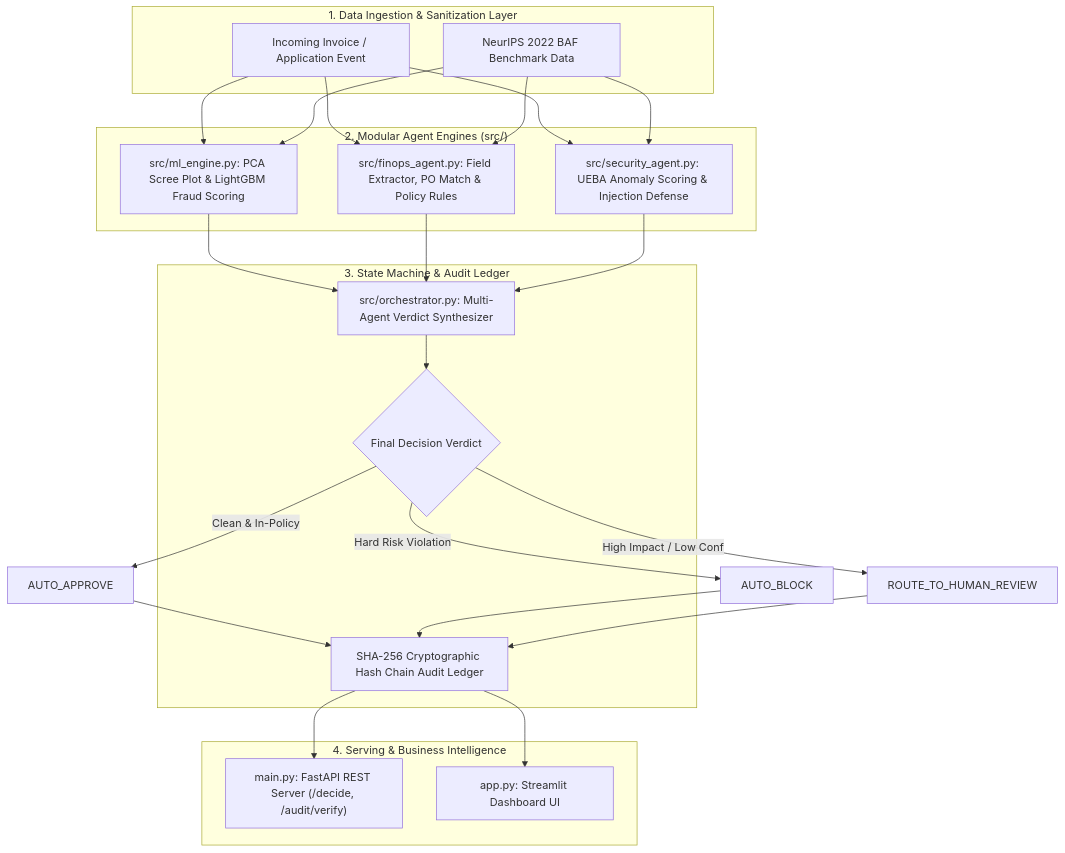
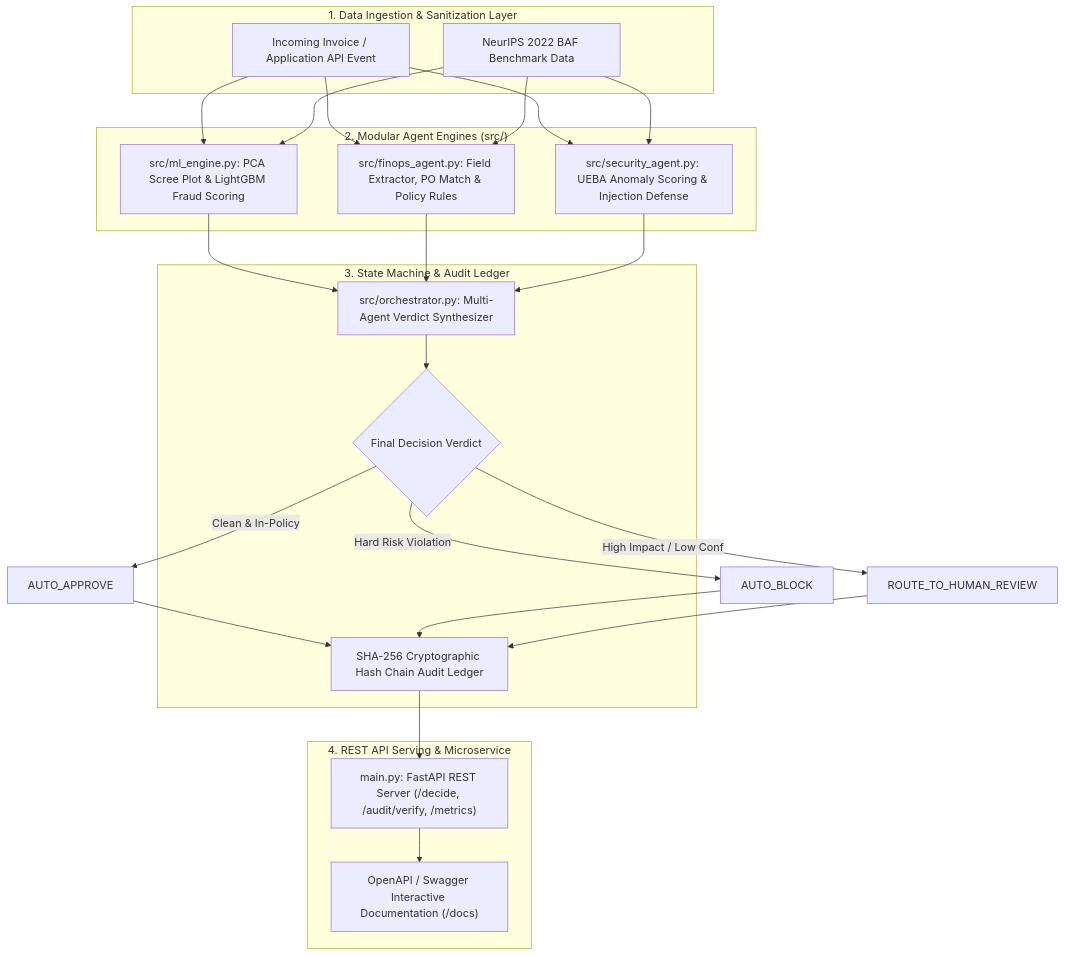
The diagram in README.md (PriyankaHichkad/FinOps-Security-Agent), drawn with Mermaid before and after one commit. The commit also changed other lines of this file and 12 other files, not shown here.

````diff
--- a/README.md
+++ b/README.md
@@ -17,33 +17,33 @@
 ```mermaid
 flowchart TD
     subgraph Ingestion ["1. Data Ingestion & Sanitization Layer"]
-        InputEvent["Incoming Invoice / Application Event"]
+        InputEvent["Incoming Invoice / Application API Event"]
         BAFData["NeurIPS 2022 BAF Benchmark Data"]
     end
 
     subgraph CoreEngine ["2. Modular Agent Engines (src/)"]
         PCAReduction["src/ml_engine.py: PCA Scree Plot & LightGBM Fraud Scoring"]
         FinOpsPolicy["src/finops_agent.py: Field Extractor, PO Match & Policy Rules"]
         SecOpsAnomaly["src/security_agent.py: UEBA Anomaly Scoring & Injection Defense"]
     end
 
     subgraph OrchestratorLayer ["3. State Machine & Audit Ledger"]
         Orchestrator["src/orchestrator.py: Multi-Agent Verdict Synthesizer"]
         FinalVerdict{"Final Decision Verdict"}
         HashChain["SHA-256 Cryptographic Hash Chain Audit Ledger"]
     end
 
-    subgraph ServingLayer ["4. Serving & Business Intelligence"]
-        FastAPI["main.py: FastAPI REST Server (/decide, /audit/verify)"]
-        StreamlitApp["app.py: Streamlit Dashboard UI"]
+    subgraph ServingLayer ["4. REST API Serving & Microservice"]
+        FastAPI["main.py: FastAPI REST Server (/decide, /audit/verify, /metrics)"]
+        SwaggerDocs["OpenAPI / Swagger Interactive Documentation (/docs)"]
     end
 
     InputEvent & BAFData --> PCAReduction & FinOpsPolicy & SecOpsAnomaly
     PCAReduction & FinOpsPolicy & SecOpsAnomaly --> Orchestrator --> FinalVerdict
 
     FinalVerdict -->|Clean & In-Policy| AutoApprove["AUTO_APPROVE"]
     FinalVerdict -->|Hard Risk Violation| AutoBlock["AUTO_BLOCK"]
     FinalVerdict -->|High Impact / Low Conf| HumanQueue["ROUTE_TO_HUMAN_REVIEW"]
 
-    AutoApprove & AutoBlock & HumanQueue --> HashChain --> FastAPI & StreamlitApp
+    AutoApprove & AutoBlock & HumanQueue --> HashChain --> FastAPI --> SwaggerDocs
 ```
````
